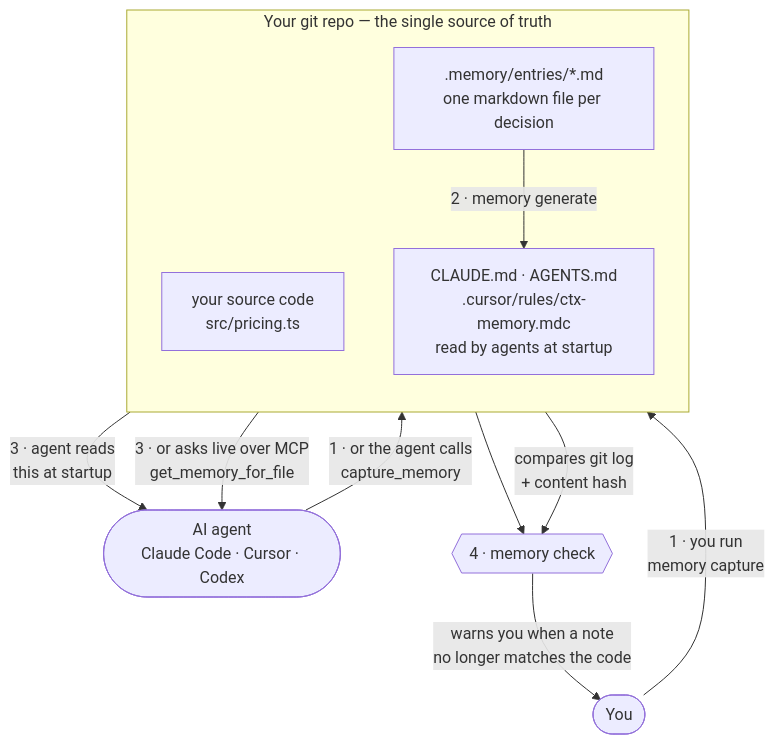
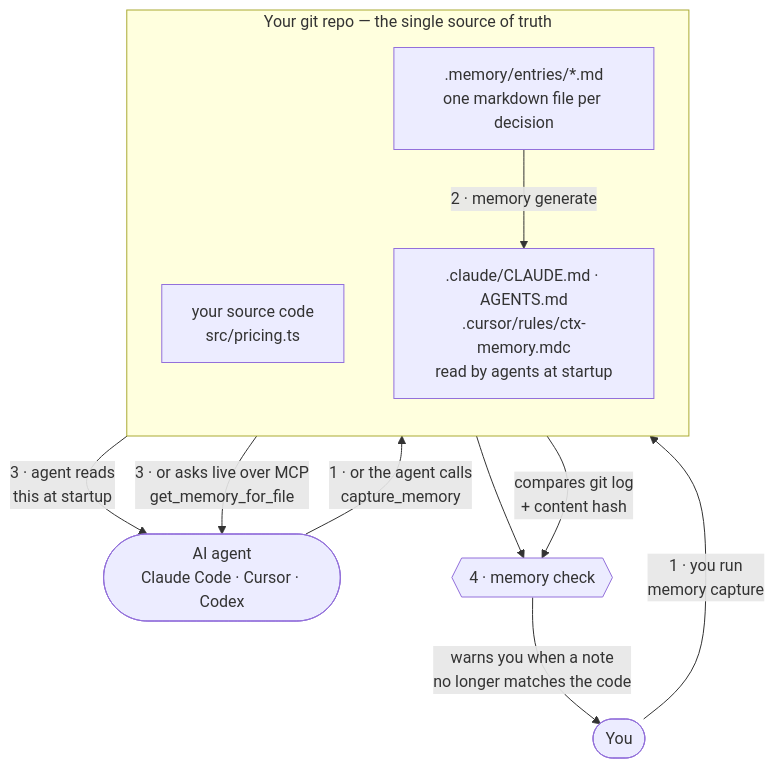
Before and after one commit to kishore600/ctx-memory: the first of 3 diagrams in README.md, drawn with Mermaid. The commit also changed other lines of this file and 5 other files, not shown here.

First line of the commit message:
feat: write project memory to .claude/CLAUDE.md instead of the repo root

````diff
--- a/README.md
+++ b/README.md
@@ -82,23 +82,23 @@
 ```mermaid
 flowchart TB
     You(["You"])
     Agent(["AI agent<br/>Claude Code · Cursor · Codex"])
 
     subgraph repo["Your git repo — the single source of truth"]
         direction TB
         CODE["your source code<br/>src/pricing.ts"]
         MEM[".memory/entries/*.md<br/>one markdown file per decision"]
-        DOC["CLAUDE.md · AGENTS.md<br/>.cursor/rules/ctx-memory.mdc<br/>read by agents at startup"]
+        DOC[".claude/CLAUDE.md · AGENTS.md<br/>.cursor/rules/ctx-memory.mdc<br/>read by agents at startup"]
     end
 
     You -->|"1 · you run<br/>memory capture"| MEM
     Agent -->|"1 · or the agent calls<br/>capture_memory"| MEM
 
     MEM -->|"2 · memory generate"| DOC
     DOC -->|"3 · agent reads<br/>this at startup"| Agent
     MEM -->|"3 · or asks live over MCP<br/>get_memory_for_file"| Agent
 
     MEM --> CHECK{{"4 · memory check"}}
     CODE -->|"compares git log<br/>+ content hash"| CHECK
     CHECK -->|"warns you when a note<br/>no longer matches the code"| You
 ```
````
